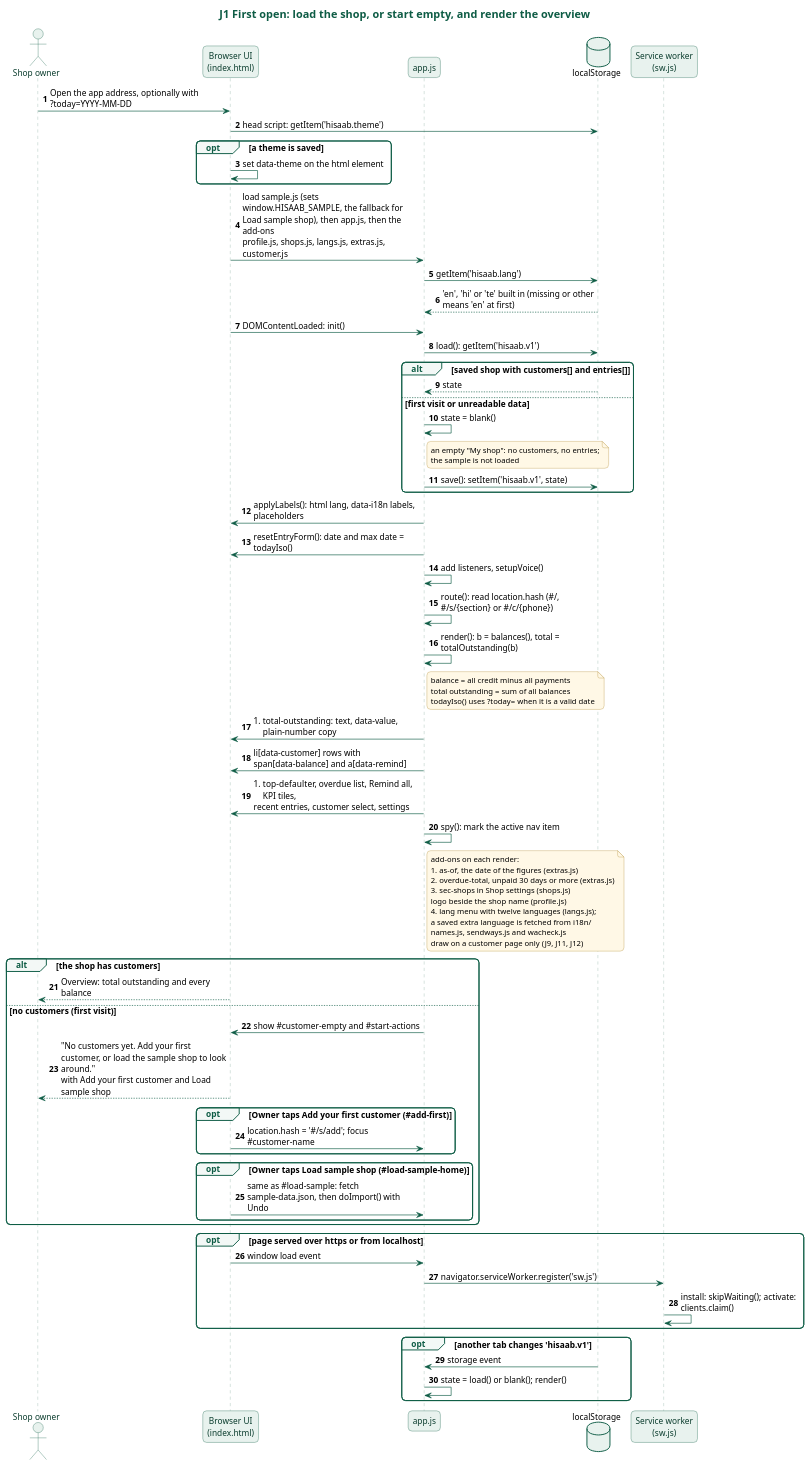
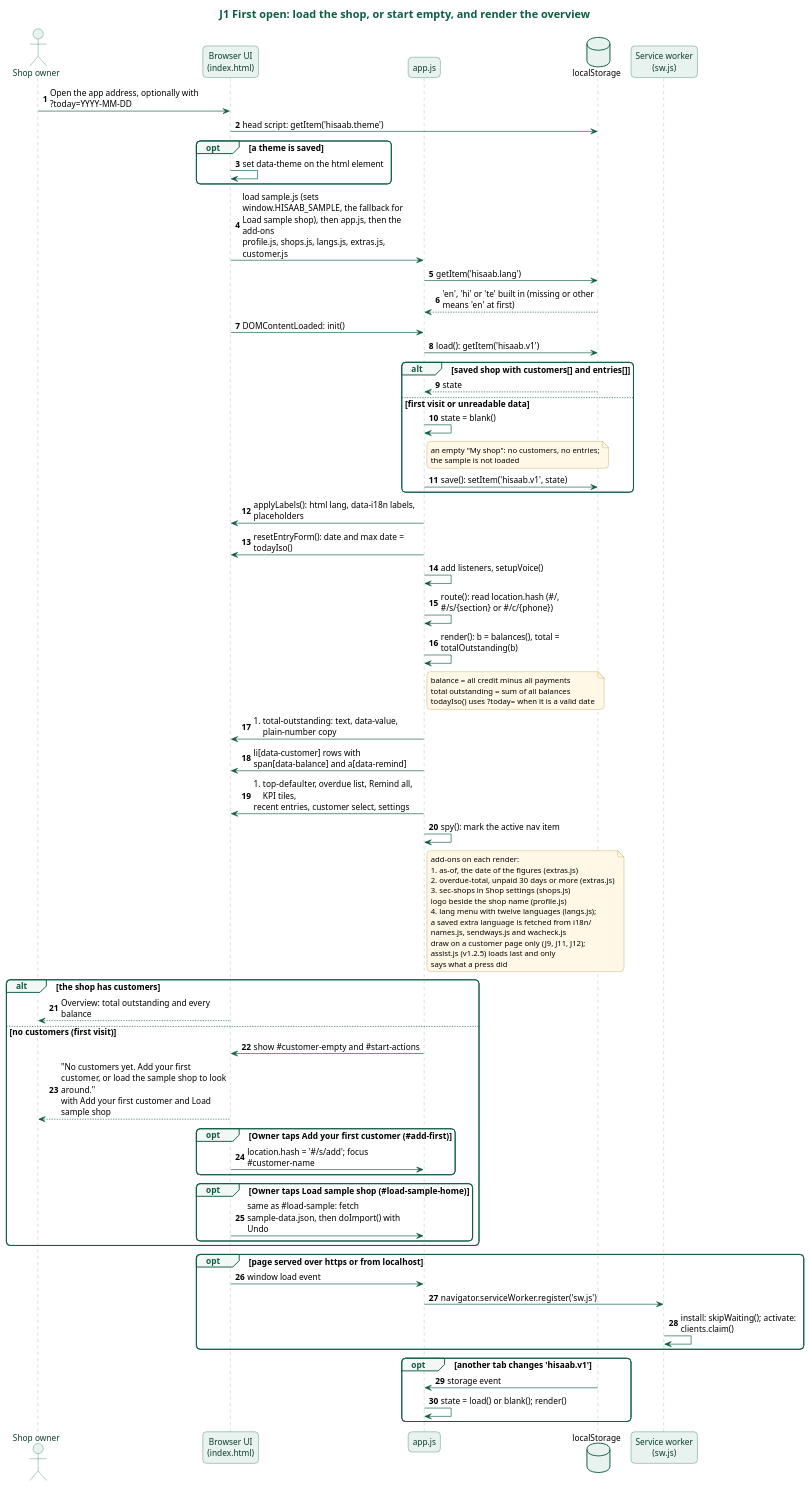
One commit to karwasanjay007/hisaab-docs changed the diagram in docs/diagrams/j1-first-open.puml. Above: the diagram before and after it, drawn with PlantUML. The commit also changed 22 other files, not shown here.

Commit message:
Version 1.2.5.0: controls that say what they did (assist.js); report, V-26, two features and ten criteria, five diagrams, evidence

```diff
--- a/docs/diagrams/j1-first-open.puml
+++ b/docs/diagrams/j1-first-open.puml
@@ -1,109 +1,111 @@
 @startuml j1-first-open
 title J1 First open: load the shop, or start empty, and render the overview
 skinparam backgroundColor white
 skinparam defaultFontName "Noto Sans"
 skinparam defaultFontSize 13
 skinparam roundCorner 12
 skinparam shadowing false
 skinparam maxMessageSize 260
 skinparam titleFontSize 17
 skinparam titleFontColor #0E5C45
 skinparam sequenceMessageAlign left
 skinparam responseMessageBelowArrow true
 skinparam sequence {
   ArrowColor #0E5C45
   LifeLineBorderColor #7FA89A
   LifeLineBackgroundColor #E8F2EE
   ParticipantBorderColor #0E5C45
   ParticipantBackgroundColor #E8F2EE
   ParticipantFontColor #0B3D2E
   ActorBorderColor #0E5C45
   ActorBackgroundColor #E8F2EE
   ActorFontColor #0B3D2E
   GroupBorderColor #0E5C45
   GroupHeaderFontColor #0E5C45
   GroupBackgroundColor #F3F8F6
   DividerBorderColor #0E5C45
   DividerBackgroundColor #E8F2EE
   DividerFontColor #0B3D2E
   BoxBorderColor #0E5C45
 }
 skinparam database {
   BorderColor #0E5C45
   BackgroundColor #E8F2EE
 }
 skinparam note {
   BorderColor #B08A2E
   BackgroundColor #FFF8E6
   FontSize 12
 }
 actor "Shop owner" as Owner
 participant "Browser UI\n(index.html)" as UI
 participant "app.js" as App
 database "localStorage" as LS
 participant "Service worker\n(sw.js)" as SW
 autonumber
 Owner -> UI : Open the app address, optionally with ?today=YYYY-MM-DD
 UI -> LS : head script: getItem('hisaab.theme')
 opt a theme is saved
   UI -> UI : set data-theme on the html element
 end
 UI -> App : load sample.js (sets window.HISAAB_SAMPLE, the fallback for Load sample shop), then app.js, then the add-ons\nprofile.js, shops.js, langs.js, extras.js, customer.js
 App -> LS : getItem('hisaab.lang')
 LS --> App : 'en', 'hi' or 'te' built in (missing or other means 'en' at first)
 UI -> App : DOMContentLoaded: init()
 App -> LS : load(): getItem('hisaab.v1')
 alt saved shop with customers[] and entries[]
   LS --> App : state
 else first visit or unreadable data
   App -> App : state = blank()
   note right of App : an empty "My shop": no customers, no entries;\nthe sample is not loaded
   App -> LS : save(): setItem('hisaab.v1', state)
 end
 App -> UI : applyLabels(): html lang, data-i18n labels, placeholders
 App -> UI : resetEntryForm(): date and max date = todayIso()
 App -> App : add listeners, setupVoice()
 App -> App : route(): read location.hash (#/, #/s/{section} or #/c/{phone})
 App -> App : render(): b = balances(), total = totalOutstanding(b)
 note right of App
   balance = all credit minus all payments
   total outstanding = sum of all balances
   todayIso() uses ?today= when it is a valid date
 end note
 App -> UI : #total-outstanding: text, data-value, plain-number copy
 App -> UI : li[data-customer] rows with span[data-balance] and a[data-remind]
 App -> UI : #top-defaulter, overdue list, Remind all, KPI tiles,\nrecent entries, customer select, settings
 App -> App : spy(): mark the active nav item
 note right of App
   add-ons on each render:
   #as-of, the date of the figures (extras.js)
   #overdue-total, unpaid 30 days or more (extras.js)
   #sec-shops in Shop settings (shops.js)
   logo beside the shop name (profile.js)
   #lang menu with twelve languages (langs.js);
   a saved extra language is fetched from i18n/
   names.js, sendways.js and wacheck.js
-  draw on a customer page only (J9, J11, J12)
+  draw on a customer page only (J9, J11, J12);
+  assist.js (v1.2.5) loads last and only
+  says what a press did
 end note
 alt the shop has customers
   UI --> Owner : Overview: total outstanding and every balance
 else no customers (first visit)
   App -> UI : show #customer-empty and #start-actions
   UI --> Owner : "No customers yet. Add your first customer, or load the sample shop to look around."\nwith Add your first customer and Load sample shop
   opt Owner taps Add your first customer (#add-first)
     UI -> App : location.hash = '#/s/add'; focus #customer-name
   end
   opt Owner taps Load sample shop (#load-sample-home)
     UI -> App : same as #load-sample: fetch sample-data.json, then doImport() with Undo
   end
 end
 opt page served over https or from localhost
   UI -> App : window load event
   App -> SW : navigator.serviceWorker.register('sw.js')
   SW -> SW : install: skipWaiting(); activate: clients.claim()
 end
 opt another tab changes 'hisaab.v1'
   LS -> App : storage event
   App -> App : state = load() or blank(); render()
 end
 @enduml
```
